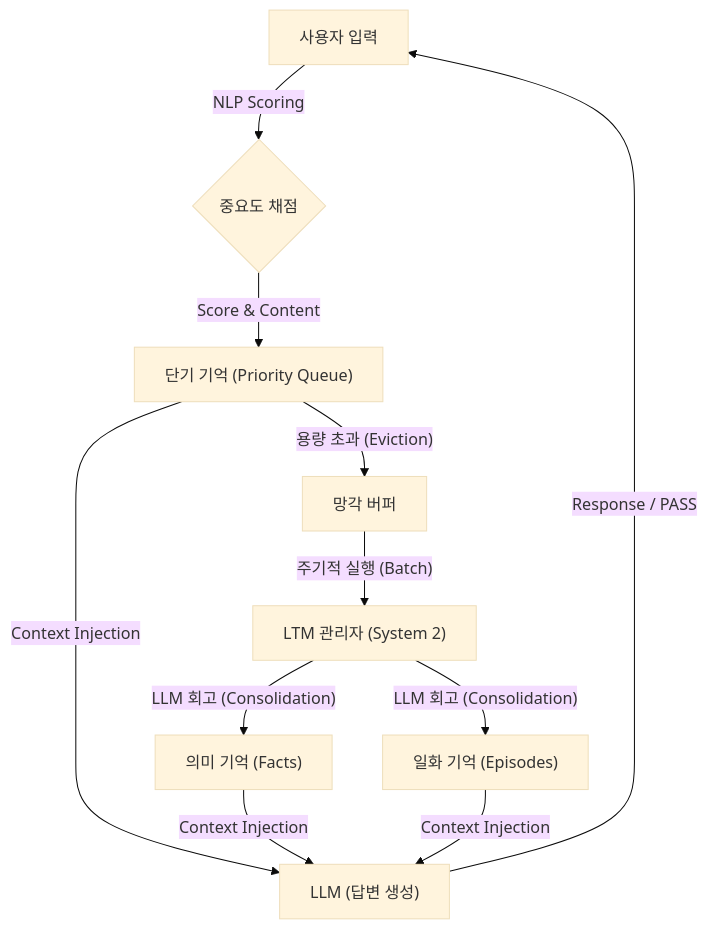
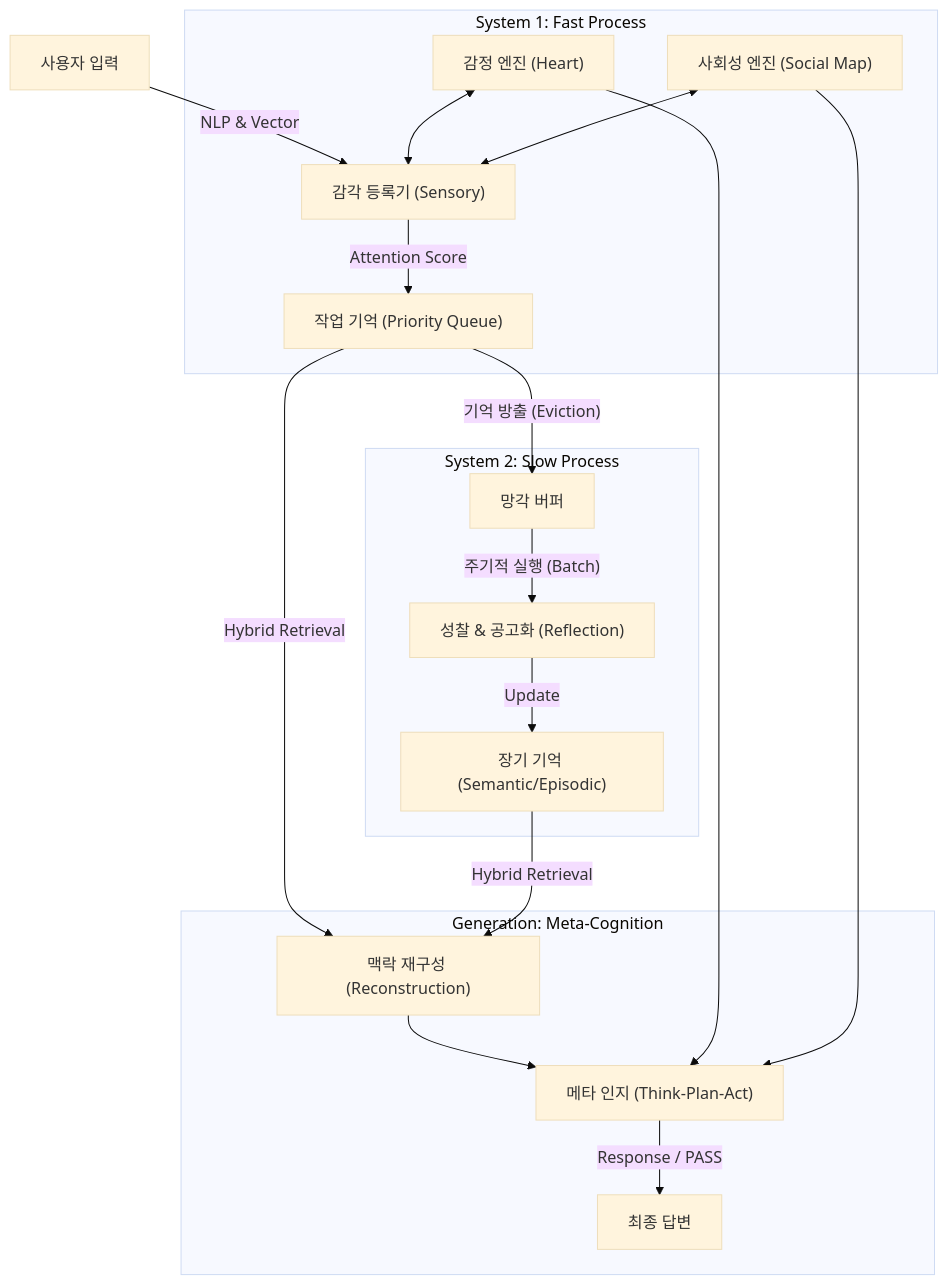
Before and after one commit to lpaiu-cs/Artificial-Consciousness: the diagram in readme.md, drawn with Mermaid (base theme). The commit also changed other lines of this file, not shown here.

````diff
--- a/readme.md
+++ b/readme.md
@@ -38,15 +37,23 @@
 ```mermaid
 graph TD
-    User[사용자 입력] --> |NLP Scoring| Scorer{중요도 채점}
-    Scorer --> |Score & Content| STM["단기 기억 (Priority Queue)"]
+    User[사용자 입력] --> |NLP & Vector| Sensory["감각 등록기 (Sensory)"]
     
-    STM -- "용량 초과 (Eviction)" --> Buffer[망각 버퍼]
-    Buffer -- "주기적 실행 (Batch)" --> LTM_Manager["LTM 관리자 (System 2)"]
+    subgraph "System 1: Fast Process"
+        Sensory --> |Attention Score| STM["작업 기억 (Priority Queue)"]
+        Emotion["감정 엔진 (Heart)"] <--> Sensory
+        Social["사회성 엔진 (Social Map)"] <--> Sensory
+    end
     
-    LTM_Manager --> |"LLM 회고 (Consolidation)"| Facts["의미 기억 (Facts)"]
-    LTM_Manager --> |"LLM 회고 (Consolidation)"| Episodes["일화 기억 (Episodes)"]
+    subgraph "System 2: Slow Process"
+        STM -- "기억 방출 (Eviction)" --> Buffer["망각 버퍼"]
+        Buffer -- "주기적 실행 (Batch)" --> Reflector["성찰 & 공고화 (Reflection)"]
+        Reflector --> |Update| LTM["장기 기억 (Semantic/Episodic)"]
+    end
     
-    STM & Facts & Episodes --> |Context Injection| LLM["LLM (답변 생성)"]
-    LLM --> |Response / PASS| User
+    subgraph "Generation: Meta-Cognition"
+        STM & LTM --> |"Hybrid Retrieval"| Context["맥락 재구성 (Reconstruction)"]
+        Context & Emotion & Social --> Meta["메타 인지 (Think-Plan-Act)"]
+        Meta --> |Response / PASS| Action[최종 답변]
+    end
 
 ```
````
